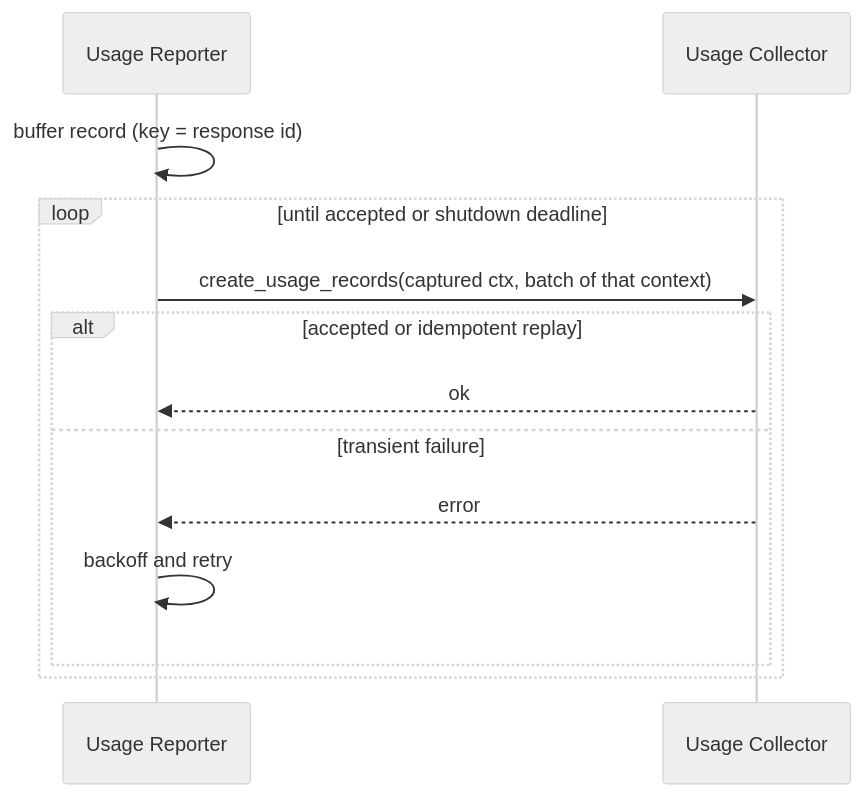
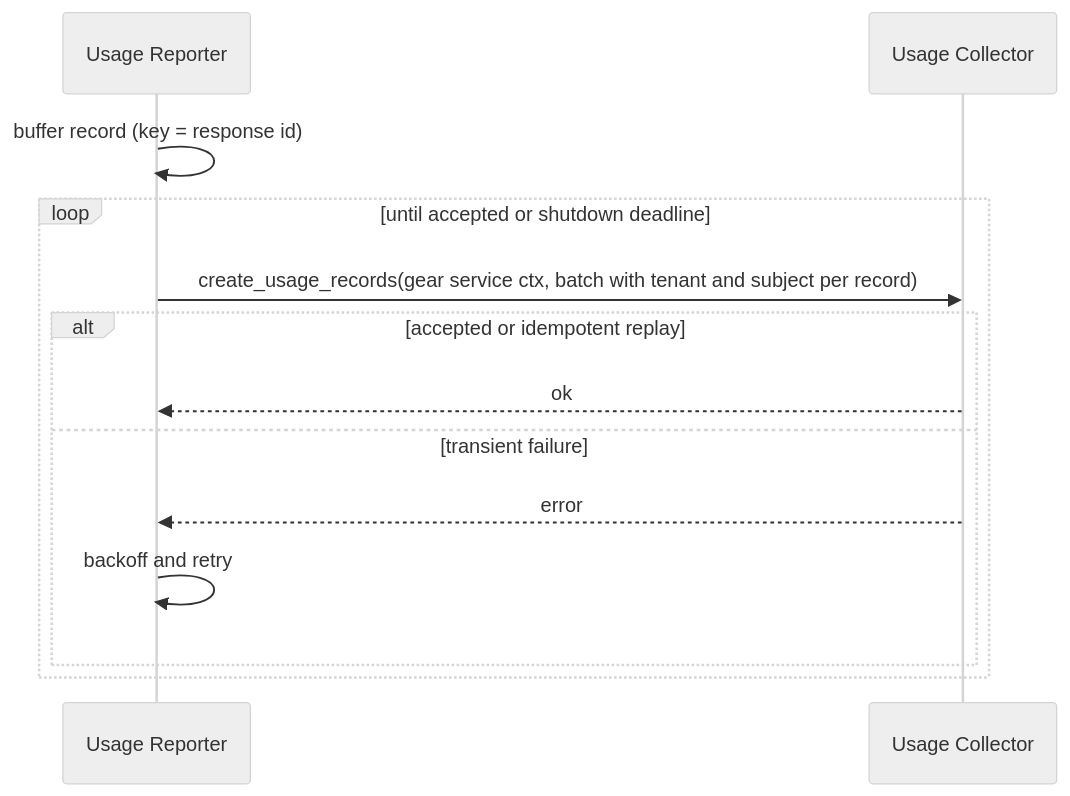
Diagram 12 of 14 in gears/llm-gateway/docs/DESIGN.md (AndIConstructor/gears-rust), drawn with Mermaid (neutral theme) before and after one commit. The commit also changed other lines of this file and 1 other file, not shown here.

````diff
--- a/gears/llm-gateway/docs/DESIGN.md
+++ b/gears/llm-gateway/docs/DESIGN.md
@@ -1100,15 +1039,15 @@
 ```mermaid
 sequenceDiagram
     participant UR as Usage Reporter
     participant UC as Usage Collector
     UR->>UR: buffer record (key = response id)
     loop until accepted or shutdown deadline
-        UR->>UC: create_usage_records(captured ctx, batch of that context)
+        UR->>UC: create_usage_records(gear service ctx, batch with tenant and subject per record)
         alt accepted or idempotent replay
             UC-->>UR: ok
         else transient failure
             UC-->>UR: error
             UR->>UR: backoff and retry
         end
     end
 ```
````
